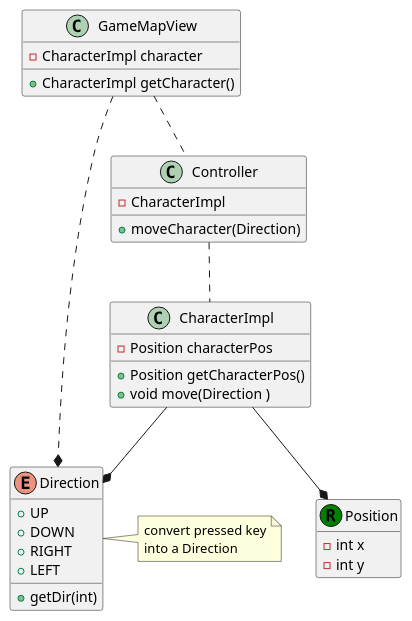
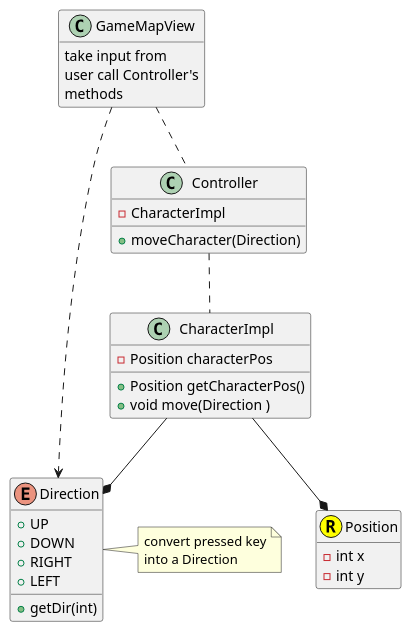
Before and after one commit to Lucaaa31/OOP23-gym-life: the diagram in UML/Minigame/Character.puml, drawn with PlantUML. The commit also changed 2 other files, not shown here.

Commit message:
Changed UML

```diff
--- a/UML/Minigame/Character.puml
+++ b/UML/Minigame/Character.puml
@@ -1,40 +1,41 @@
 @startuml
 hide empty members
 CharacterImpl --* Direction
 CharacterImpl --* Position
-GameMapView ..* Direction
+GameMapView ..> Direction
 GameMapView.. Controller
 Controller .. CharacterImpl
 
 
 class GameMapView {
-    - CharacterImpl character
-    + CharacterImpl getCharacter()
+    take input from
+    user call Controller's
+    methods
 }
 
 class CharacterImpl{
     - Position characterPos
     + Position getCharacterPos()
     + void move(Direction )
 }
-class Position <<(R,green)>>{
+class Position <<(R,yellow)>>{
     - int x
     - int y
 }
 note right of (Direction)
     convert pressed key
     into a Direction
 end note
 class Controller {
     - CharacterImpl
     + moveCharacter(Direction)
 }
 enum Direction {
     + UP
     + DOWN
     + RIGHT
     + LEFT
     + getDir(int)
 }
 
 @enduml
```
